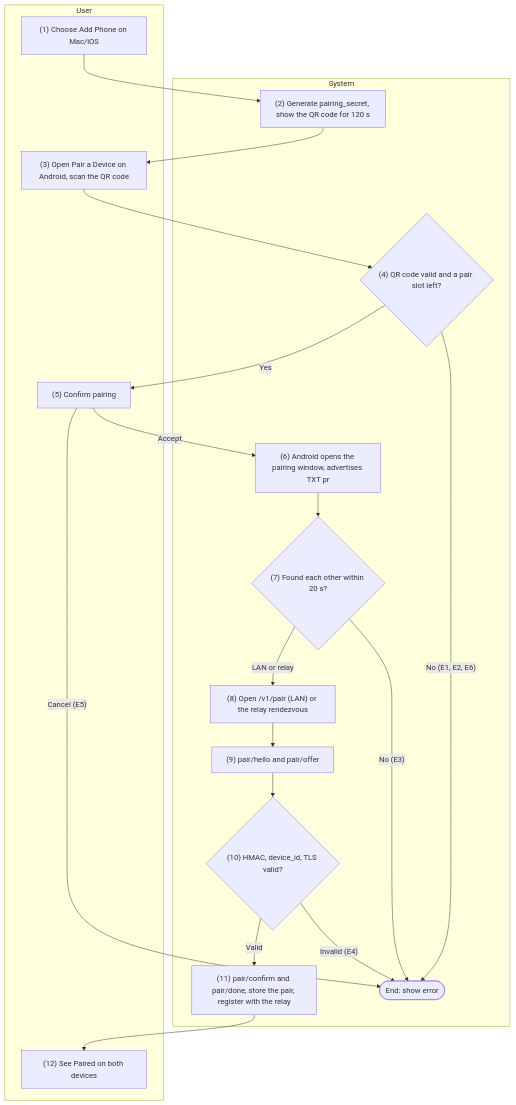
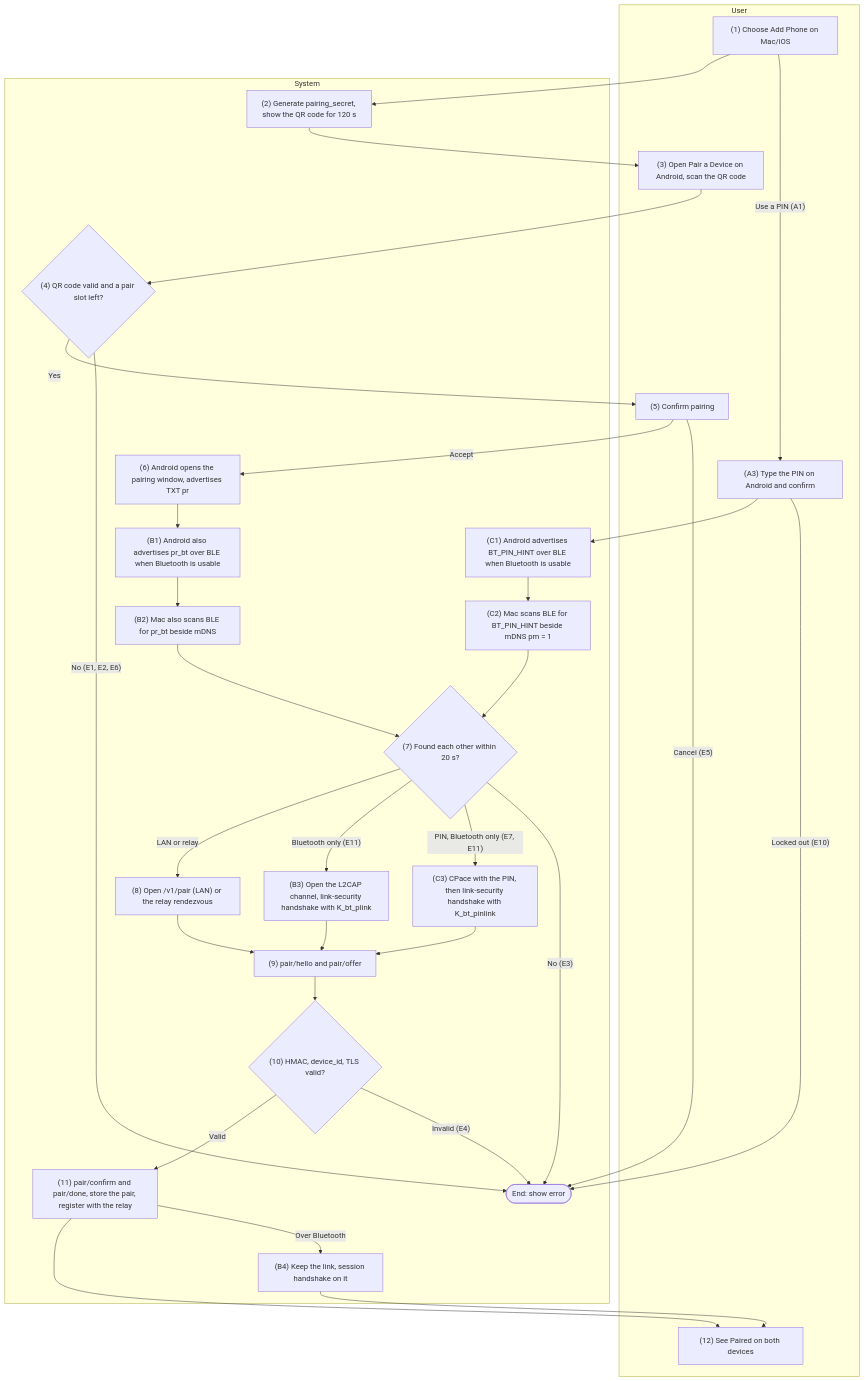
Before and after one commit to HandLive/handlive: the first of 3 diagrams in docs/detailed-design/02-pairing.md, drawn with Mermaid. The commit also changed other lines of this file and 32 other files, not shown here.

````diff
--- a/docs/detailed-design/02-pairing.md
+++ b/docs/detailed-design/02-pairing.md
@@ -43,29 +44,42 @@
 ```mermaid
 flowchart TB
   subgraph ND["User"]
     U1["(1) Choose Add Phone on Mac/iOS"]
     U3["(3) Open Pair a Device on Android, scan the QR code"]
     U5["(5) Confirm pairing"]
+    UA3["(A3) Type the PIN on Android and confirm"]
     U12["(12) See Paired on both devices"]
   end
   subgraph HT["System"]
     S2["(2) Generate pairing_secret, show the QR code for 120 s"]
     D4{"(4) QR code valid and a pair slot left?"}
     S6["(6) Android opens the pairing window, advertises TXT pr"]
+    B1["(B1) Android also advertises pr_bt over BLE when Bluetooth is usable"]
+    B2["(B2) Mac also scans BLE for pr_bt beside mDNS"]
+    B3["(B3) Open the L2CAP channel, link-security handshake with K_bt_plink"]
+    B4["(B4) Keep the link, session handshake on it"]
+    C1["(C1) Android advertises BT_PIN_HINT over BLE when Bluetooth is usable"]
+    C2["(C2) Mac scans BLE for BT_PIN_HINT beside mDNS pm = 1"]
+    C3["(C3) CPace with the PIN, then link-security handshake with K_bt_pinlink"]
     D7{"(7) Found each other within 20 s?"}
     S8["(8) Open /v1/pair (LAN) or the relay rendezvous"]
     S9["(9) pair/hello and pair/offer"]
     D10{"(10) HMAC, device_id, TLS valid?"}
     S11["(11) pair/confirm and pair/done, store the pair, register with the relay"]
     X1(["End: show error"])
   end
   U1 --> S2 --> U3 --> D4
   D4 -- "Yes" --> U5
   D4 -- "No (E1, E2, E6)" --> X1
-  U5 -- "Accept" --> S6 --> D7
+  U5 -- "Accept" --> S6 --> B1 --> B2 --> D7
   U5 -- "Cancel (E5)" --> X1
   D7 -- "LAN or relay" --> S8 --> S9 --> D10
+  D7 -- "Bluetooth only (E11)" --> B3 --> S9
+  U1 -- "Use a PIN (A1)" --> UA3 --> C1 --> C2 --> D7
+  D7 -- "PIN, Bluetooth only (E7, E11)" --> C3 --> S9
+  UA3 -- "Locked out (E10)" --> X1
   D7 -- "No (E3)" --> X1
   D10 -- "Valid" --> S11 --> U12
+  S11 -- "Over Bluetooth" --> B4 --> U12
   D10 -- "Invalid (E4)" --> X1
 ```
````
